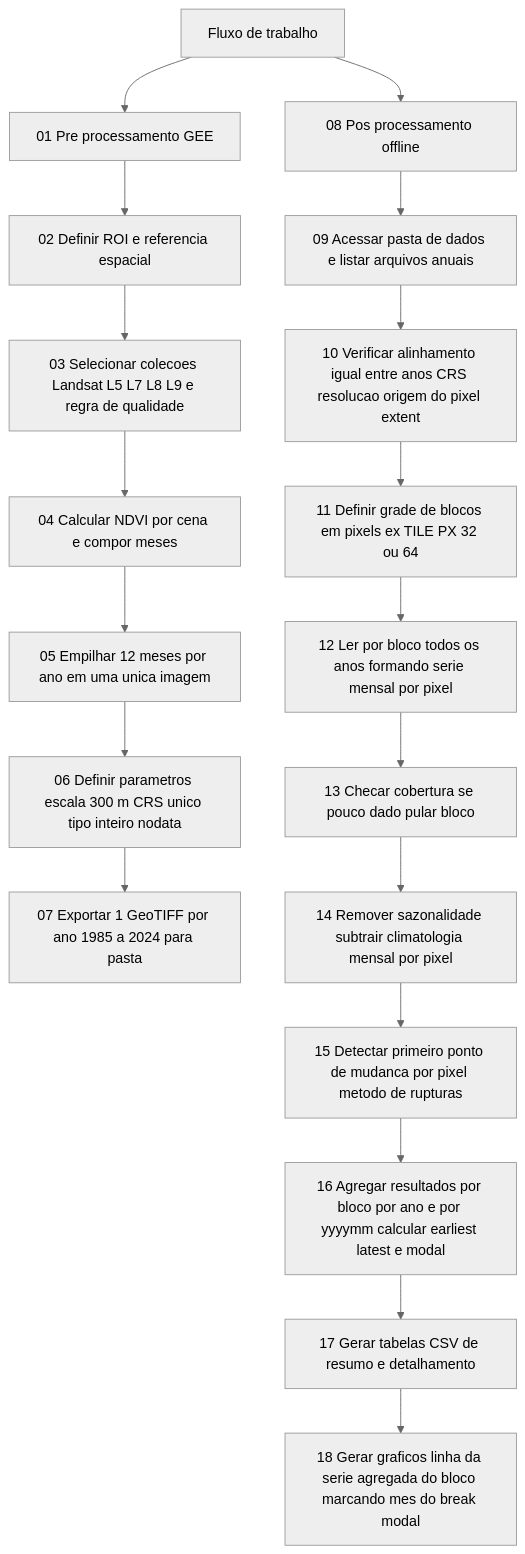
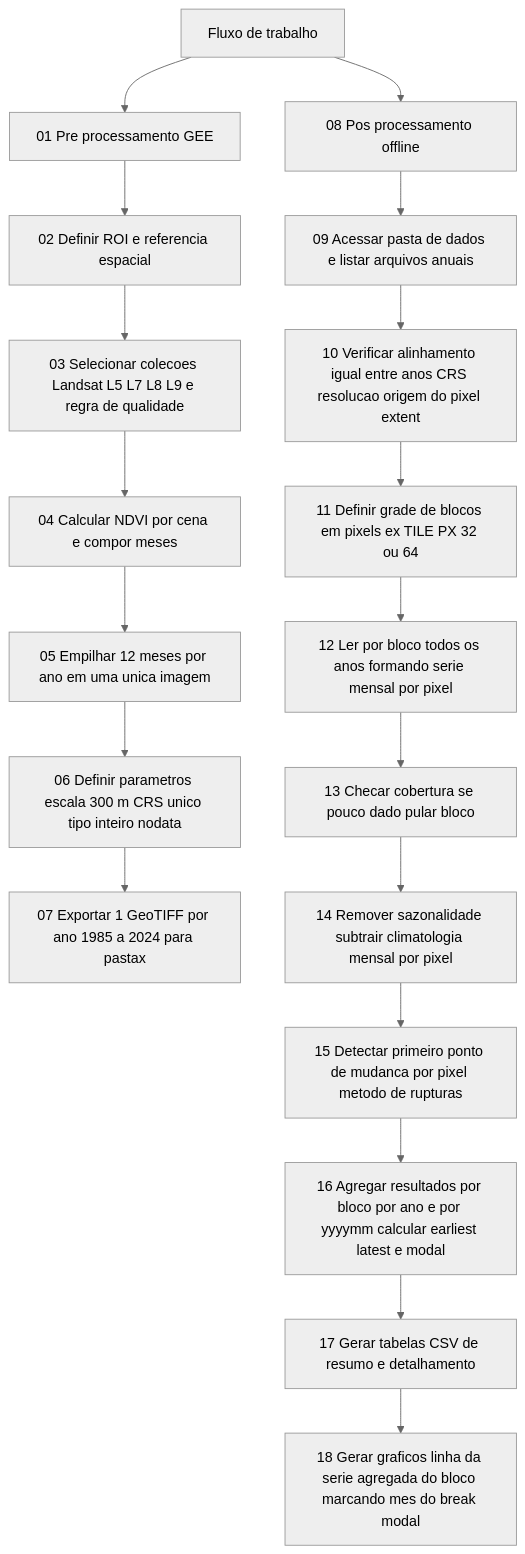
One commit to CheilaBaiao/GEE_SR changed the diagram in README.md. Above: the diagram before and after it, drawn with Mermaid (neutral theme).

Commit message:
Update README.md to correct folder name for GeoTIFF export

````diff
--- a/README.md
+++ b/README.md
@@ -1,23 +1,23 @@
 ```mermaid
 graph TD
   A00[Fluxo de trabalho] --> A01[01 Pre processamento GEE]
   A01 --> A02[02 Definir ROI e referencia espacial]
   A02 --> A03[03 Selecionar colecoes Landsat L5 L7 L8 L9 e regra de qualidade]
   A03 --> A04[04 Calcular NDVI por cena e compor meses]
   A04 --> A05[05 Empilhar 12 meses por ano em uma unica imagem]
   A05 --> A06[06 Definir parametros escala 300 m CRS unico tipo inteiro nodata]
-  A06 --> A07[07 Exportar 1 GeoTIFF por ano 1985 a 2024 para pasta]
+  A06 --> A07[07 Exportar 1 GeoTIFF por ano 1985 a 2024 para pastax]
   A00--> B00[08 Pos processamento offline]
 
   B00 --> B01[09 Acessar pasta de dados e listar arquivos anuais]
   B01 --> B02[10 Verificar alinhamento igual entre anos CRS resolucao origem do pixel extent]
   B02 --> B03[11 Definir grade de blocos em pixels ex TILE PX 32 ou 64]
   B03 --> B04[12 Ler por bloco todos os anos formando serie mensal por pixel]
   B04 --> B05[13 Checar cobertura se pouco dado pular bloco]
   B05 --> B06[14 Remover sazonalidade subtrair climatologia mensal por pixel]
   B06 --> B07[15 Detectar primeiro ponto de mudanca por pixel metodo de rupturas]
   B07 --> B08[16 Agregar resultados por bloco por ano e por yyyymm calcular earliest latest e modal]
   B08 --> B09[17 Gerar tabelas CSV de resumo e detalhamento]
   B09 --> B10[18 Gerar graficos linha da serie agregada do bloco marcando mes do break modal]
   
 ```
````
